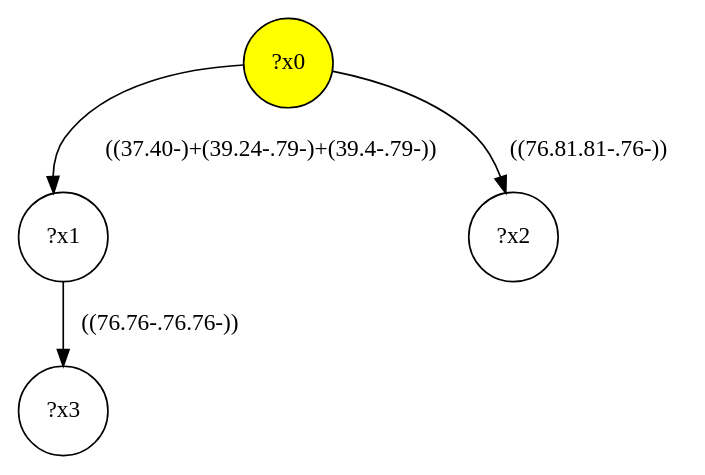
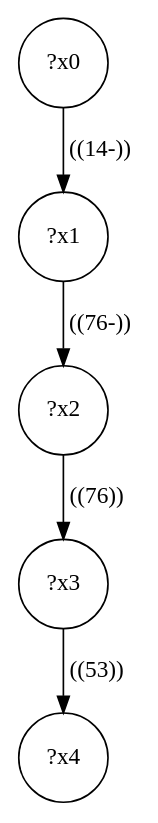
The diagram in lib/gmark/demo/shop/shop-interface/query-22.dot (MathieuGicquel/federated-benchmark), drawn with Graphviz before and after one commit. The commit also changed 361 other files, not shown here.

```diff
--- a/lib/gmark/demo/shop/shop-interface/query-22.dot
+++ b/lib/gmark/demo/shop/shop-interface/query-22.dot
@@ -1,9 +1,11 @@
 digraph g {
-	x0 [fillcolor="yellow", style="filled," shape=circle, label="?x0"];
+	x0 [shape=circle, label="?x0"];
 	x1 [shape=circle, label="?x1"];
-	x0 -> x1 [label="((37.40-)+(39.24-.79-)+(39.4-.79-))"];
+	x0 -> x1 [label="((14-))"];
 	x2 [shape=circle, label="?x2"];
-	x0 -> x2 [label="((76.81.81-.76-))"];
+	x1 -> x2 [label="((76-))"];
 	x3 [shape=circle, label="?x3"];
-	x1 -> x3 [label="((76.76-.76.76-))"];
+	x2 -> x3 [label="((76))"];
+	x4 [shape=circle, label="?x4"];
+	x3 -> x4 [label="((53))"];
 }
```
